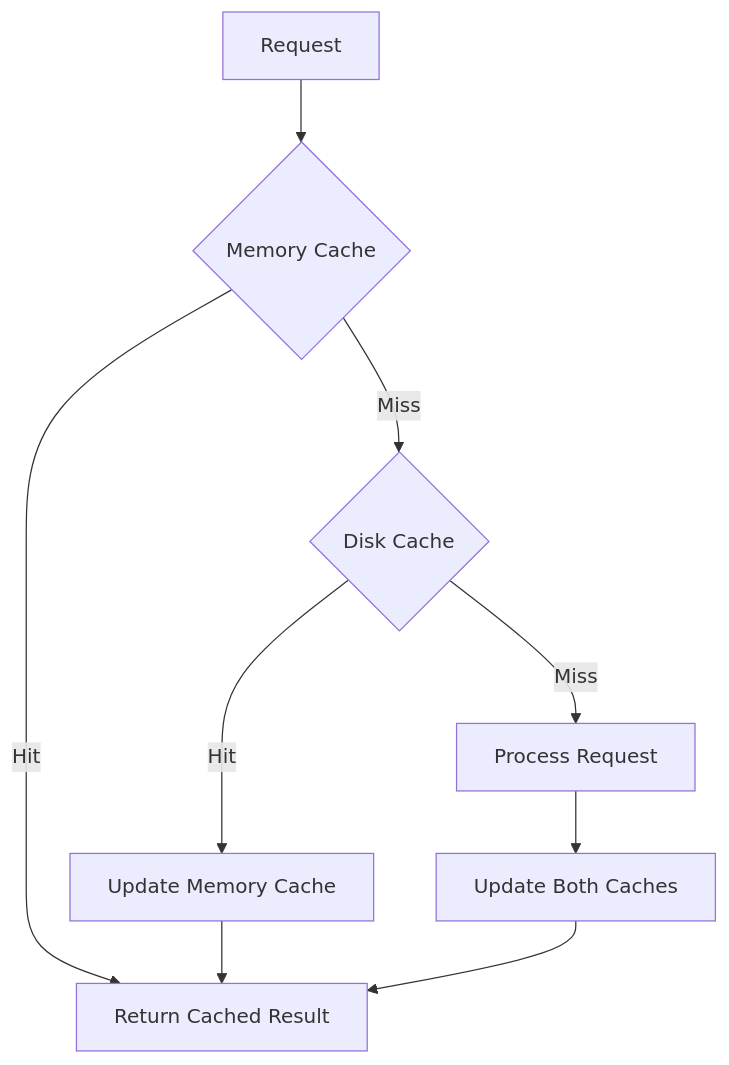
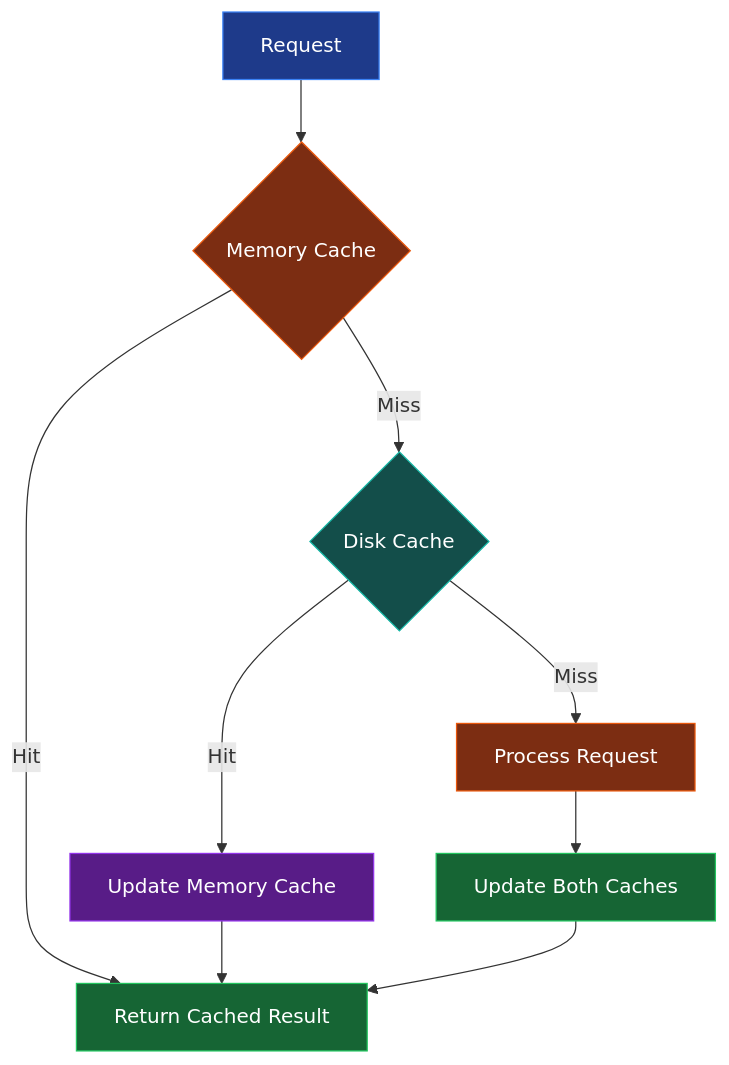
Before and after one commit to ThreeFish-AI/data-extractor: the third of 3 diagrams in docs/1-Framework.md, drawn with Mermaid. The commit also changed other lines of this file, not shown here.

First line of the commit message:
docs(Framework): 优化Mermaid图表深色主题配色

````diff
--- a/docs/1-Framework.md
+++ b/docs/1-Framework.md
@@ -202,11 +202,19 @@
 ```mermaid
 graph TD
     A[Request] --> B{Memory Cache}
     B -->|Hit| C[Return Cached Result]
     B -->|Miss| D{Disk Cache}
     D -->|Hit| E[Update Memory Cache]
     D -->|Miss| F[Process Request]
     F --> G[Update Both Caches]
     E --> C
     G --> C
+
+    style A fill:#1e3a8a,stroke:#3b82f6,color:#ffffff
+    style B fill:#7c2d12,stroke:#ea580c,color:#ffffff
+    style C fill:#166534,stroke:#22c55e,color:#ffffff
+    style D fill:#134e4a,stroke:#14b8a6,color:#ffffff
+    style E fill:#581c87,stroke:#9333ea,color:#ffffff
+    style F fill:#7c2d12,stroke:#ea580c,color:#ffffff
+    style G fill:#166534,stroke:#22c55e,color:#ffffff
 ```
````
